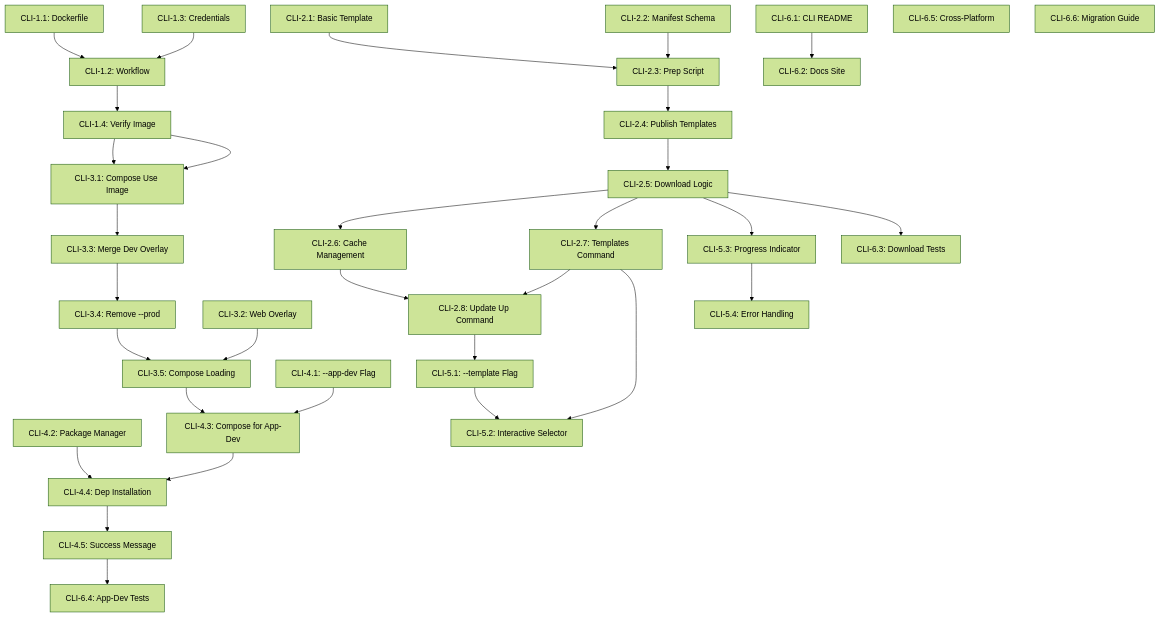
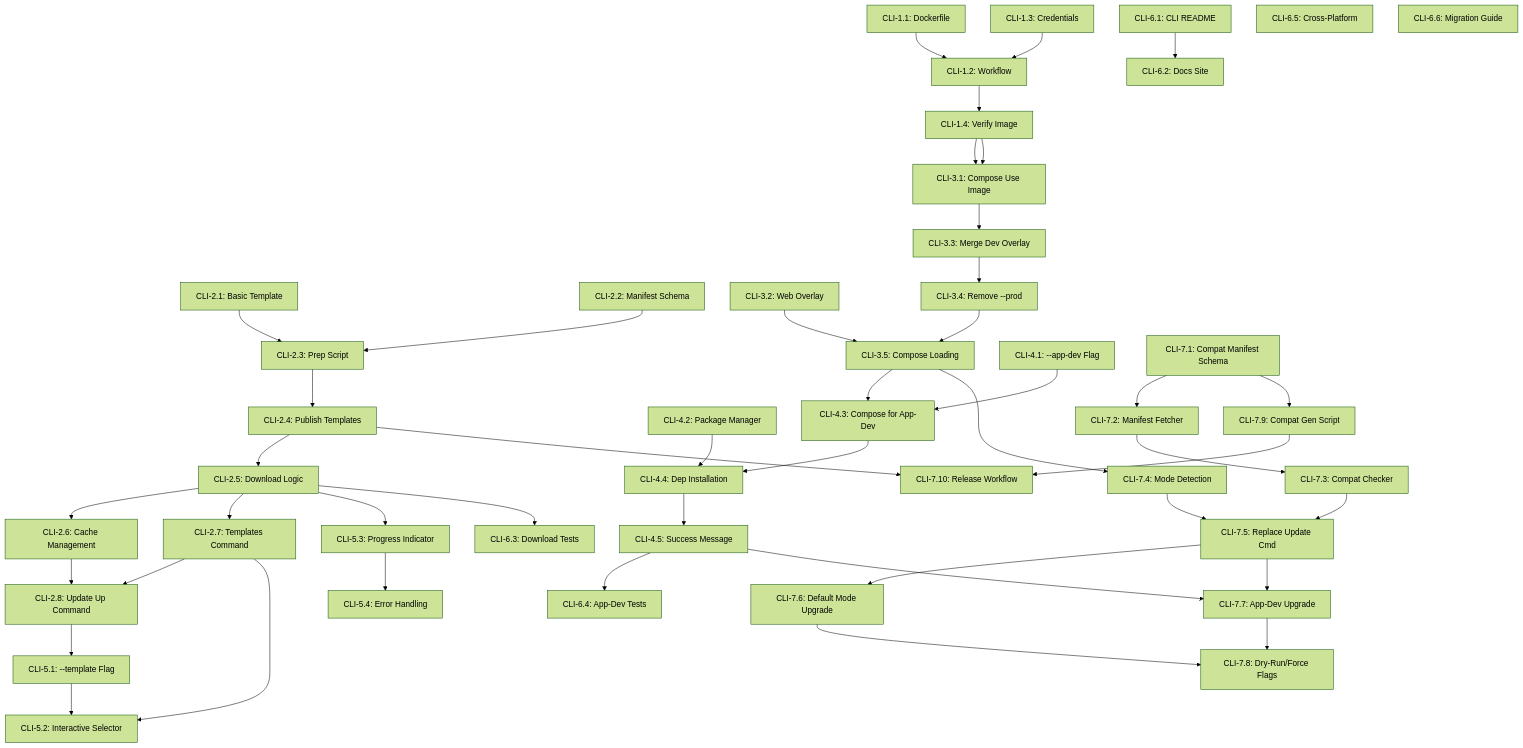
One commit to weirdfingers/boards changed the diagram in design/cli-revamp-tickets/README.md. Above: the diagram before and after it, drawn with Mermaid (forest theme). The commit also changed other lines of this file and 11 other files, not shown here.

````diff
--- a/design/cli-revamp-tickets/README.md
+++ b/design/cli-revamp-tickets/README.md
@@ -155,7 +170,33 @@
     CLI-4.5 --> CLI-6.4
     CLI-6.1 --> CLI-6.2
 
+    %% Phase 7
+    CLI-7.1[CLI-7.1: Compat Manifest Schema]
+    CLI-7.2[CLI-7.2: Manifest Fetcher]
+    CLI-7.3[CLI-7.3: Compat Checker]
+    CLI-7.4[CLI-7.4: Mode Detection]
+    CLI-7.5[CLI-7.5: Replace Update Cmd]
+    CLI-7.6[CLI-7.6: Default Mode Upgrade]
+    CLI-7.7[CLI-7.7: App-Dev Upgrade]
+    CLI-7.8[CLI-7.8: Dry-Run/Force Flags]
+    CLI-7.9[CLI-7.9: Compat Gen Script]
+    CLI-7.10[CLI-7.10: Release Workflow]
+
+    CLI-7.1 --> CLI-7.2
+    CLI-7.2 --> CLI-7.3
+    CLI-7.3 --> CLI-7.5
+    CLI-7.4 --> CLI-7.5
+    CLI-7.5 --> CLI-7.6
+    CLI-7.5 --> CLI-7.7
+    CLI-7.6 --> CLI-7.8
+    CLI-7.7 --> CLI-7.8
+    CLI-7.1 --> CLI-7.9
+    CLI-7.9 --> CLI-7.10
+    CLI-2.4 --> CLI-7.10
+
     %% Cross-phase dependencies
     CLI-1.4 --> CLI-3.1
     CLI-2.8 --> CLI-5.1
+    CLI-3.5 --> CLI-7.4
+    CLI-4.5 --> CLI-7.7
 ```
````
